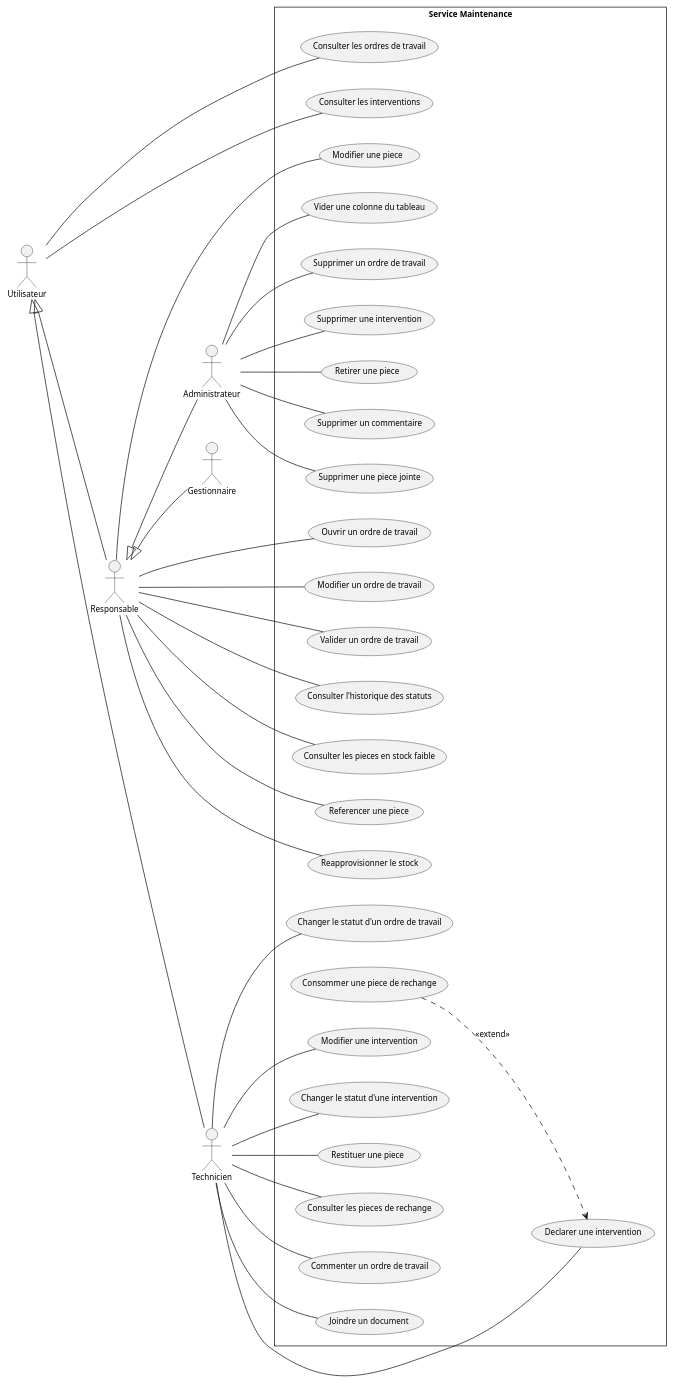
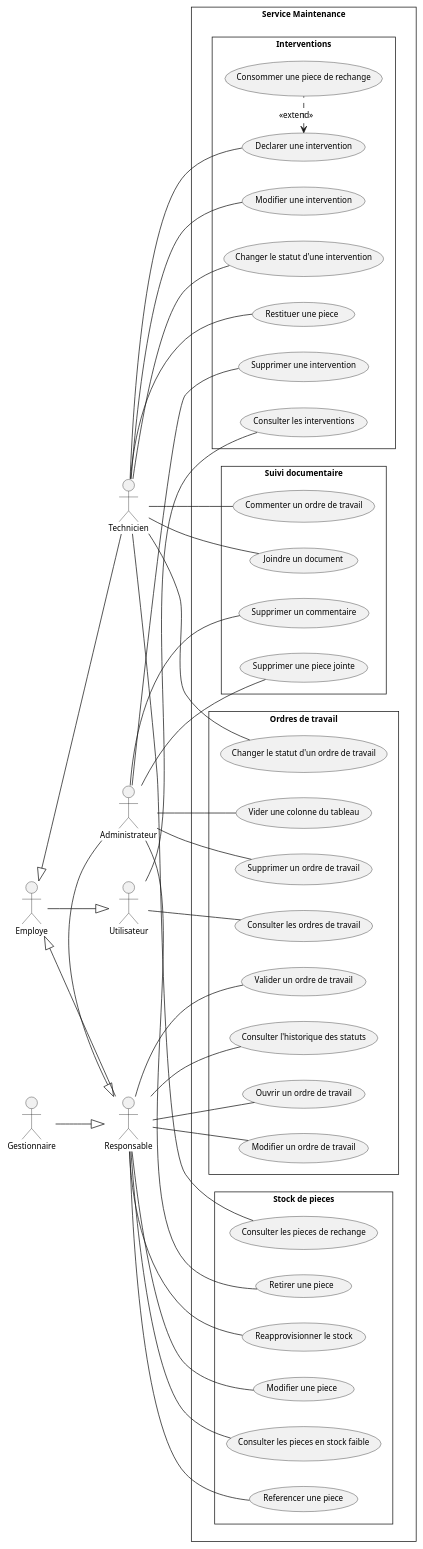
One commit to saber-barhoumi/Xpark-gmao changed the diagram in docs/diagrams/microservices/Maintenance/Maintenance-usecase.puml. Above: the diagram before and after it, drawn with PlantUML. The commit also changed 12 other files, not shown here.

```diff
--- a/docs/diagrams/microservices/Maintenance/Maintenance-usecase.puml
+++ b/docs/diagrams/microservices/Maintenance/Maintenance-usecase.puml
@@ -1,80 +1,91 @@
 @startuml
 skinparam style strictuml
 skinparam packageStyle rectangle
 skinparam shadowing false
 skinparam defaultFontName Verdana
 skinparam defaultFontSize 11
 skinparam backgroundColor #FFFFFF
 left to right direction
 
-' Acteurs principaux, empiles a gauche du plus general au plus specialise
+' Acteurs, alignes a gauche : les porteurs d'associations sont
+' accoles a la frontiere, les acteurs structurels a leur gauche
 actor "Utilisateur" as Utilisateur
+actor "Employe" as Employe
 actor "Responsable" as Responsable
 actor "Administrateur" as Administrateur
 actor "Gestionnaire" as Gestionnaire
 actor "Technicien" as Technicien
 
 ' Generalisation : triangle creux, de l'enfant vers le parent
-Administrateur -up-|> Responsable
-Gestionnaire -up-|> Responsable
-Responsable -up-|> Utilisateur
-Technicien -up-|> Utilisateur
+Employe -down-|> Utilisateur
+Responsable -up-|> Employe
+Administrateur -left-|> Responsable
+Gestionnaire -down-|> Responsable
+Technicien -up-|> Employe
 
 rectangle "Service Maintenance" {
-  usecase "Consulter les ordres de travail" as UC_Consulter_les_ordres_de_travail
-  usecase "Consulter les interventions" as UC_Consulter_les_interventions
-  usecase "Ouvrir un ordre de travail" as UC_Ouvrir_un_ordre_de_travail
-  usecase "Modifier un ordre de travail" as UC_Modifier_un_ordre_de_travail
-  usecase "Valider un ordre de travail" as UC_Valider_un_ordre_de_travail
-  usecase "Consulter l'historique des statuts" as UC_Consulter_l_historique_des_statuts
-  usecase "Consulter les pieces en stock faible" as UC_Consulter_les_pieces_en_stock_faib
-  usecase "Referencer une piece" as UC_Referencer_une_piece
-  usecase "Reapprovisionner le stock" as UC_Reapprovisionner_le_stock
-  usecase "Modifier une piece" as UC_Modifier_une_piece
-  usecase "Vider une colonne du tableau" as UC_Vider_une_colonne_du_tableau
-  usecase "Supprimer un ordre de travail" as UC_Supprimer_un_ordre_de_travail
-  usecase "Supprimer une intervention" as UC_Supprimer_une_intervention
-  usecase "Retirer une piece" as UC_Retirer_une_piece
-  usecase "Supprimer un commentaire" as UC_Supprimer_un_commentaire
-  usecase "Supprimer une piece jointe" as UC_Supprimer_une_piece_jointe
-  usecase "Changer le statut d'un ordre de travail" as UC_Changer_le_statut_d_un_ordre_de_tr
-  usecase "Declarer une intervention" as UC_Declarer_une_intervention
-  usecase "Consommer une piece de rechange" as UC_Consommer_une_piece_de_rechange
-  usecase "Modifier une intervention" as UC_Modifier_une_intervention
-  usecase "Changer le statut d'une intervention" as UC_Changer_le_statut_d_une_interventi
-  usecase "Restituer une piece" as UC_Restituer_une_piece
-  usecase "Consulter les pieces de rechange" as UC_Consulter_les_pieces_de_rechange
-  usecase "Commenter un ordre de travail" as UC_Commenter_un_ordre_de_travail
-  usecase "Joindre un document" as UC_Joindre_un_document
+  package "Ordres de travail" {
+    usecase "Consulter les ordres de travail" as UC_Consulter_les_ordres_de_travail
+    usecase "Ouvrir un ordre de travail" as UC_Ouvrir_un_ordre_de_travail
+    usecase "Modifier un ordre de travail" as UC_Modifier_un_ordre_de_travail
+    usecase "Valider un ordre de travail" as UC_Valider_un_ordre_de_travail
+    usecase "Consulter l'historique des statuts" as UC_Consulter_l_historique_des_statuts
+    usecase "Vider une colonne du tableau" as UC_Vider_une_colonne_du_tableau
+    usecase "Supprimer un ordre de travail" as UC_Supprimer_un_ordre_de_travail
+    usecase "Changer le statut d'un ordre de travail" as UC_Changer_le_statut_d_un_ordre_de_tr
+  }
+  package "Interventions" {
+    usecase "Consulter les interventions" as UC_Consulter_les_interventions
+    usecase "Supprimer une intervention" as UC_Supprimer_une_intervention
+    usecase "Declarer une intervention" as UC_Declarer_une_intervention
+    usecase "Consommer une piece de rechange" as UC_Consommer_une_piece_de_rechange
+    usecase "Modifier une intervention" as UC_Modifier_une_intervention
+    usecase "Changer le statut d'une intervention" as UC_Changer_le_statut_d_une_interventi
+    usecase "Restituer une piece" as UC_Restituer_une_piece
+  }
+  package "Stock de pieces" {
+    usecase "Consulter les pieces en stock faible" as UC_Consulter_les_pieces_en_stock_faib
+    usecase "Referencer une piece" as UC_Referencer_une_piece
+    usecase "Reapprovisionner le stock" as UC_Reapprovisionner_le_stock
+    usecase "Modifier une piece" as UC_Modifier_une_piece
+    usecase "Retirer une piece" as UC_Retirer_une_piece
+    usecase "Consulter les pieces de rechange" as UC_Consulter_les_pieces_de_rechange
+  }
+  package "Suivi documentaire" {
+    usecase "Supprimer un commentaire" as UC_Supprimer_un_commentaire
+    usecase "Supprimer une piece jointe" as UC_Supprimer_une_piece_jointe
+    usecase "Commenter un ordre de travail" as UC_Commenter_un_ordre_de_travail
+    usecase "Joindre un document" as UC_Joindre_un_document
+  }
 }
 
 ' Associations : trait continu sans fleche (relation d'association)
 Utilisateur -- UC_Consulter_les_ordres_de_travail
 Utilisateur -- UC_Consulter_les_interventions
 Responsable -- UC_Ouvrir_un_ordre_de_travail
 Responsable -- UC_Modifier_un_ordre_de_travail
 Responsable -- UC_Valider_un_ordre_de_travail
 Responsable -- UC_Consulter_l_historique_des_statuts
 Responsable -- UC_Consulter_les_pieces_en_stock_faib
 Responsable -- UC_Referencer_une_piece
 Responsable -- UC_Reapprovisionner_le_stock
 Responsable -- UC_Modifier_une_piece
 Administrateur -- UC_Vider_une_colonne_du_tableau
 Administrateur -- UC_Supprimer_un_ordre_de_travail
 Administrateur -- UC_Supprimer_une_intervention
 Administrateur -- UC_Retirer_une_piece
 Administrateur -- UC_Supprimer_un_commentaire
 Administrateur -- UC_Supprimer_une_piece_jointe
 Technicien -- UC_Changer_le_statut_d_un_ordre_de_tr
 Technicien -- UC_Declarer_une_intervention
 Technicien -- UC_Modifier_une_intervention
 Technicien -- UC_Changer_le_statut_d_une_interventi
 Technicien -- UC_Restituer_une_piece
 Technicien -- UC_Consulter_les_pieces_de_rechange
 Technicien -- UC_Commenter_un_ordre_de_travail
 Technicien -- UC_Joindre_un_document
 
 ' << extend >> : du cas optionnel vers le cas de base
-UC_Consommer_une_piece_de_rechange ..> UC_Declarer_une_intervention : << extend >>
+UC_Consommer_une_piece_de_rechange .left.> UC_Declarer_une_intervention : << extend >>
 
 @enduml
```
